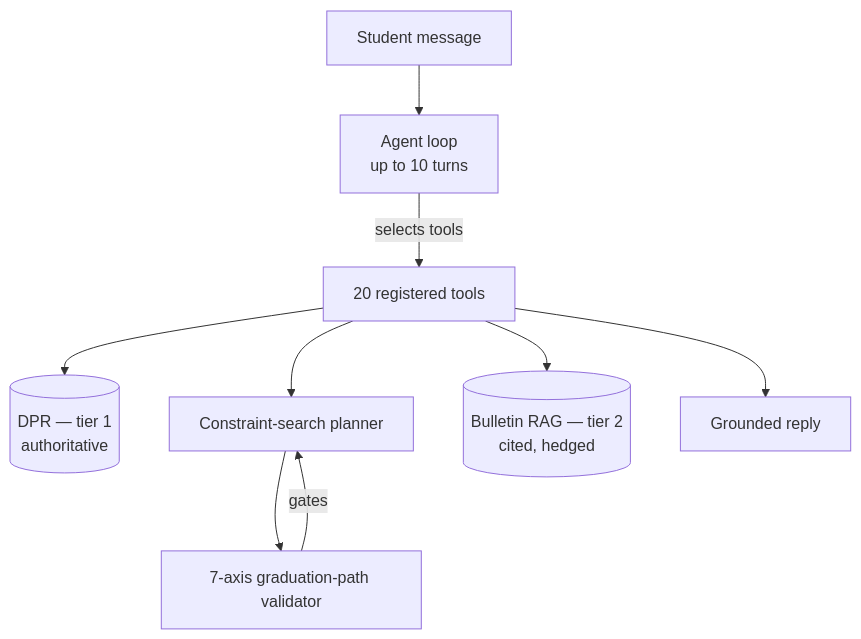
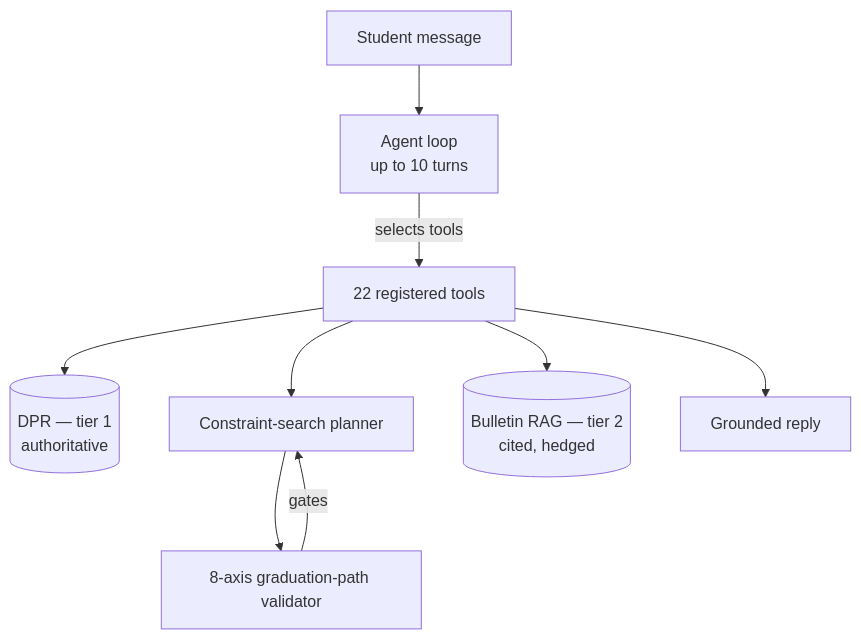
One commit to EdoardoMongardi/NYU_Path changed the diagram in README.md. Above: the diagram before and after it, drawn with Mermaid. The commit also changed other lines of this file and 7 other files, not shown here.

````diff
--- a/README.md
+++ b/README.md
@@ -22,11 +22,11 @@
 ```mermaid
 flowchart TD
     msg[Student message] --> loop
     loop[Agent loop<br/>up to 10 turns] -->|selects tools| tools
-    tools[20 registered tools] --> dpr[(DPR — tier 1<br/>authoritative)]
+    tools[22 registered tools] --> dpr[(DPR — tier 1<br/>authoritative)]
     tools --> planner[Constraint-search planner]
     tools --> rag[(Bulletin RAG — tier 2<br/>cited, hedged)]
-    planner --> validator[7-axis graduation-path validator]
+    planner --> validator[8-axis graduation-path validator]
     validator -->|gates| planner
     tools --> reply[Grounded reply]
 ```
````
